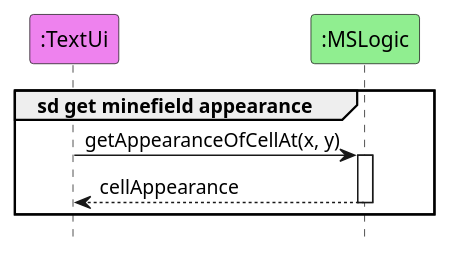
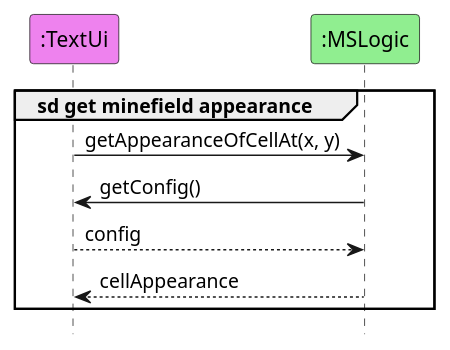
One commit to se-edu/guides changed the diagram in tutorials/images/plantuml/ReferenceFrameDiagram.puml. Above: the diagram before and after it, drawn with PlantUML. The commit also changed 2 other files, not shown here.

Commit message:
Add original reference diagram example

```diff
--- a/tutorials/images/plantuml/ReferenceFrameDiagram.puml
+++ b/tutorials/images/plantuml/ReferenceFrameDiagram.puml
@@ -1,16 +1,16 @@
 @startuml
 
 hide footbox
 
 participant ":TextUi" as TextUi #EE82EE
 participant ":MSLogic" as MSLogic #90EE90
 
 group sd get minefield appearance
     'Contents of reference frame
     TextUi -> MSLogic : getAppearanceOfCellAt(x, y)
-    activate MSLogic
+    MSLogic -> TextUi : getConfig()
+    TextUi --> MSLogic : config
     MSLogic --> TextUi : cellAppearance
-    deactivate MSLogic
 end
 
 @enduml
```
